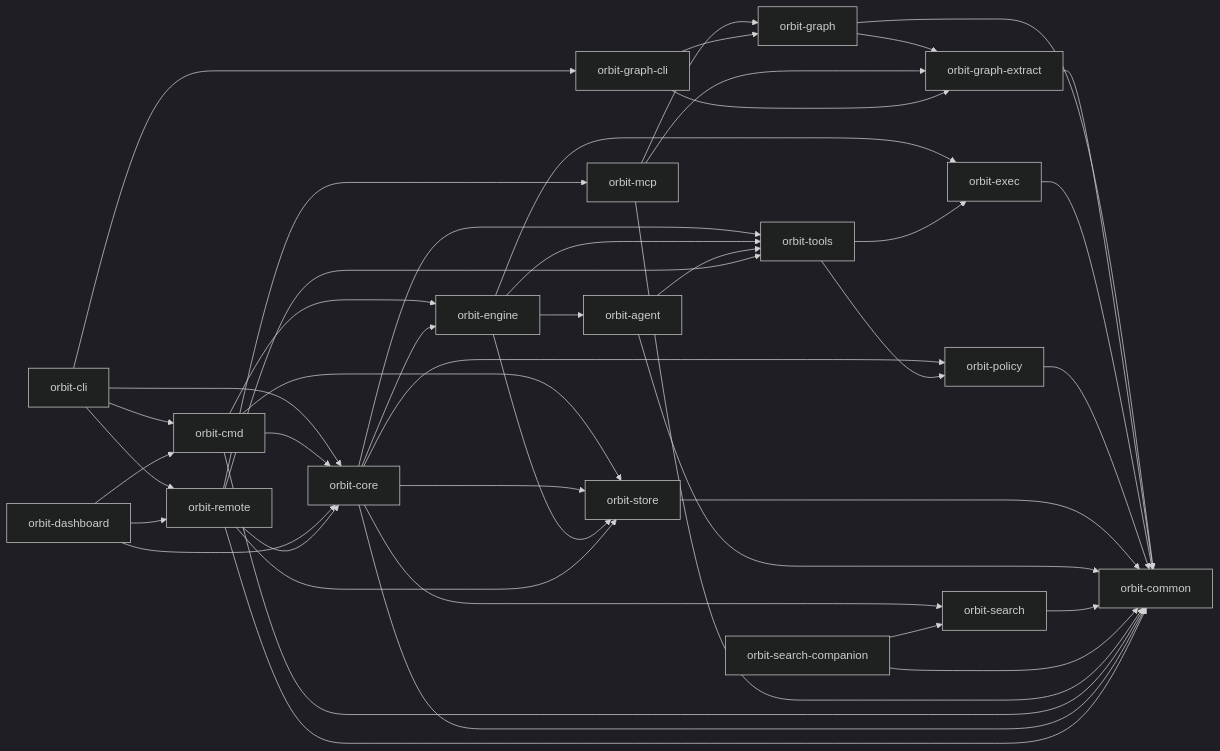
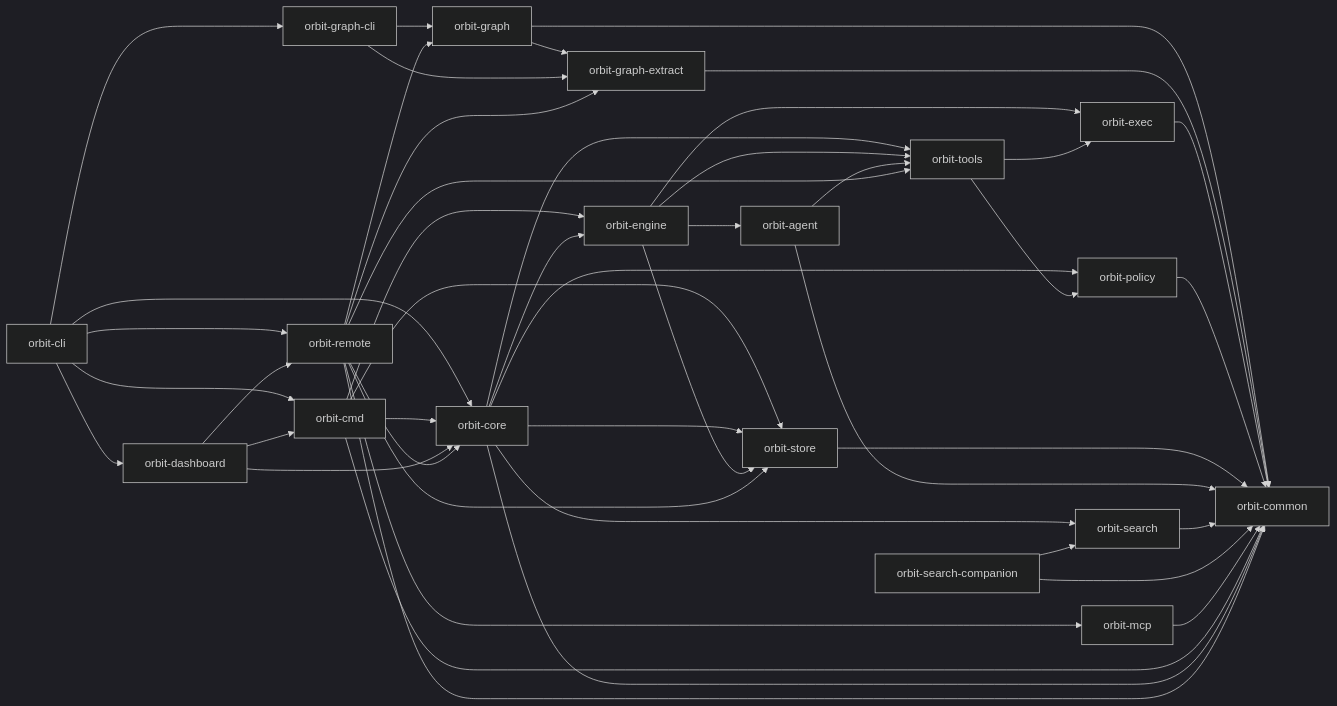
Before and after one commit to danieljhkim/orbit: the diagram in ARCHITECTURE.md, drawn with Mermaid (dark theme). The commit also changed other lines of this file and 42 other files, not shown here.

````diff
--- a/ARCHITECTURE.md
+++ b/ARCHITECTURE.md
@@ -5,47 +5,48 @@
 ```mermaid
 flowchart LR
   CLI["orbit-cli"] --> Core["orbit-core"]
   CLI --> Cmd["orbit-cmd"]
   CLI --> Remote["orbit-remote"]
   CLI --> GraphCli["orbit-graph-cli"]
+  CLI --> Dashboard["orbit-dashboard"]
   Cmd --> Core
   Cmd --> Engine
   Cmd --> Store
   Core --> Engine["orbit-engine"]
   Core --> Store["orbit-store"]
   Core --> Tools["orbit-tools"]
   Core --> Search["orbit-search"]
   Core --> Policy["orbit-policy"]
   Engine --> Agent["orbit-agent"]
   Engine --> Store
   Engine --> Exec["orbit-exec"]
   Engine --> Tools
   Agent --> Tools
   Graph["orbit-graph"] --> GraphExtract["orbit-graph-extract"]
   Graph --> Common
   GraphExtract --> Common
-  MCP --> Graph
-  MCP --> GraphExtract
   Tools --> Exec["orbit-exec"]
   Tools --> Policy
   Exec --> Common["orbit-common"]
   Policy --> Common
   Store --> Common
   Agent --> Common
   Search --> Common
   SearchCompanion["orbit-search-companion"] --> Search
   SearchCompanion --> Common
   GraphCli["orbit-graph-cli"] --> Graph
   GraphCli --> GraphExtract
   MCP --> Common
   Dashboard["orbit-dashboard"] --> Core
   Dashboard --> Cmd
   Cmd --> Common
   Core --> Common
   Remote --> Core
+  Remote --> Graph
+  Remote --> GraphExtract
   Remote --> MCP["orbit-mcp"]
   Remote --> Store
   Remote --> Tools
   Remote --> Common
   Dashboard --> Remote
 ```
````
